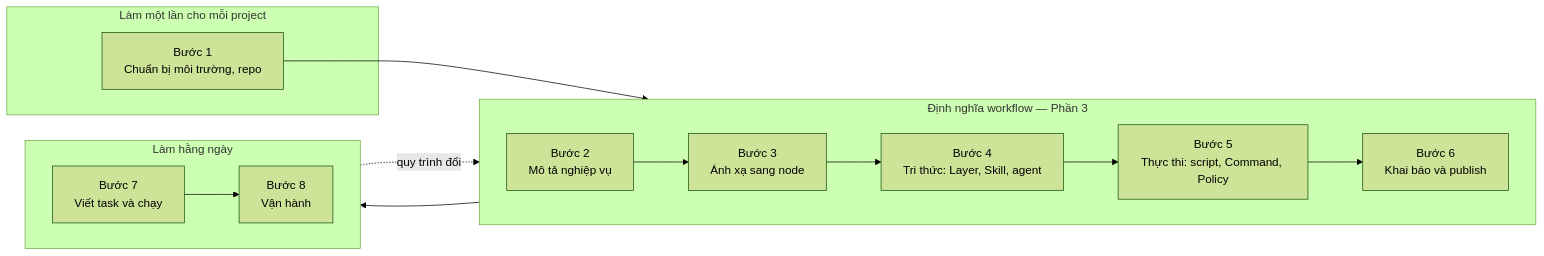
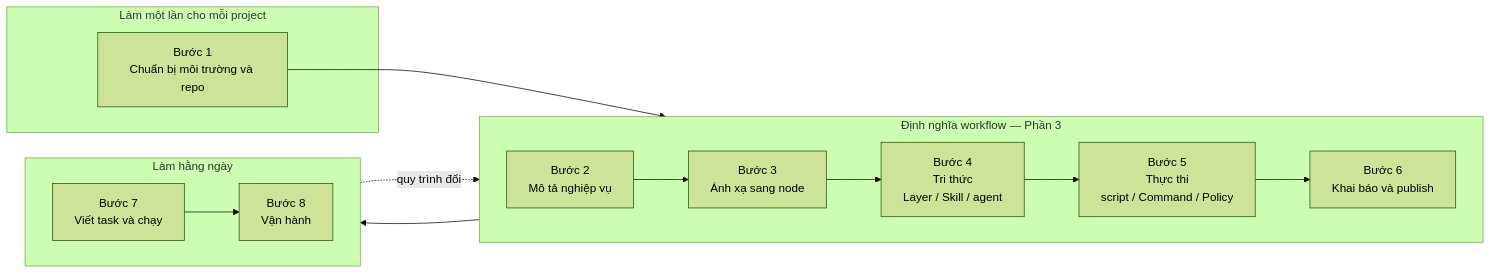
One commit to draculemihawk123-ai/aw-tqunglnh changed the first of 8 diagrams in docs/guides/todolist-spring-react/README.md. Above: the diagram before and after it, drawn with Mermaid (forest theme). The commit also changed other lines of this file and 1 other file, not shown here.

First line of the commit message:
docs(guide): bỏ dấu phẩy, dấu hai chấm, gạch dưới khỏi nhãn Mermaid

````diff
--- a/docs/guides/todolist-spring-react/README.md
+++ b/docs/guides/todolist-spring-react/README.md
@@ -56,23 +56,23 @@
 ```mermaid
 flowchart LR
     subgraph O["Làm một lần cho mỗi project"]
-        S1["Bước 1<br/>Chuẩn bị môi trường, repo"]
+        S1["Bước 1<br/>Chuẩn bị môi trường và repo"]
     end
 
     subgraph D["Định nghĩa workflow — Phần 3"]
         direction LR
         S2["Bước 2<br/>Mô tả nghiệp vụ"] --> S3["Bước 3<br/>Ánh xạ sang node"]
-        S3 --> S4["Bước 4<br/>Tri thức: Layer, Skill, agent"]
-        S4 --> S5["Bước 5<br/>Thực thi: script, Command, Policy"]
+        S3 --> S4["Bước 4<br/>Tri thức<br/>Layer / Skill / agent"]
+        S4 --> S5["Bước 5<br/>Thực thi<br/>script / Command / Policy"]
         S5 --> S6["Bước 6<br/>Khai báo và publish"]
     end
 
     subgraph H["Làm hằng ngày"]
         direction LR
         S7["Bước 7<br/>Viết task và chạy"] --> S8["Bước 8<br/>Vận hành"]
     end
 
     S1 --> S2
     S6 --> S7
     S8 -.->|"quy trình đổi"| S2
 ```
````
